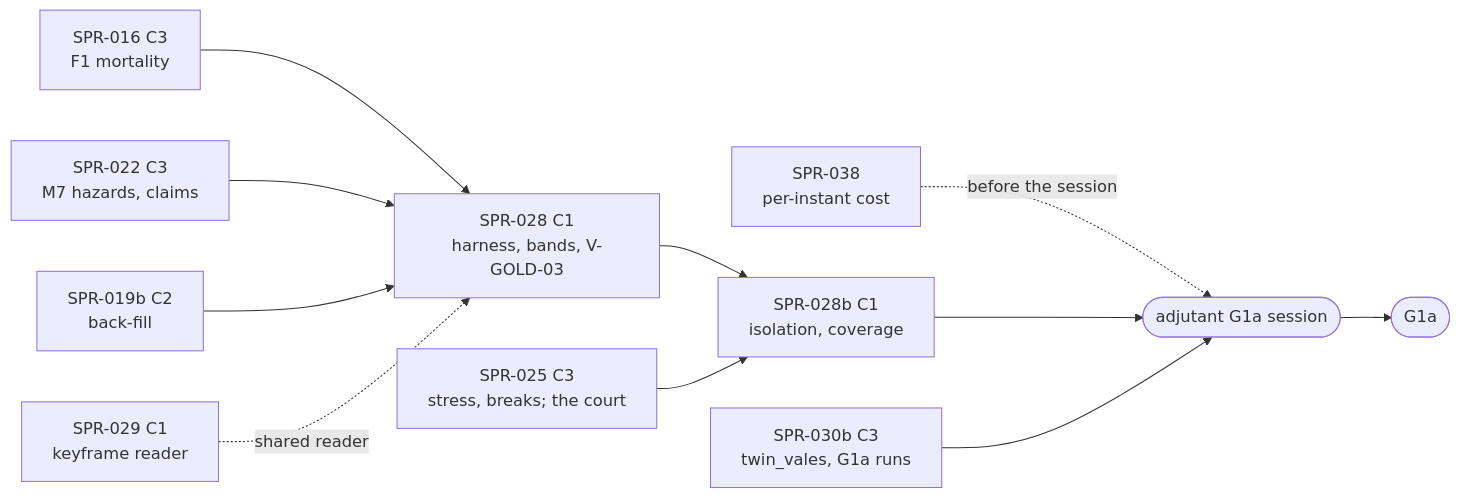
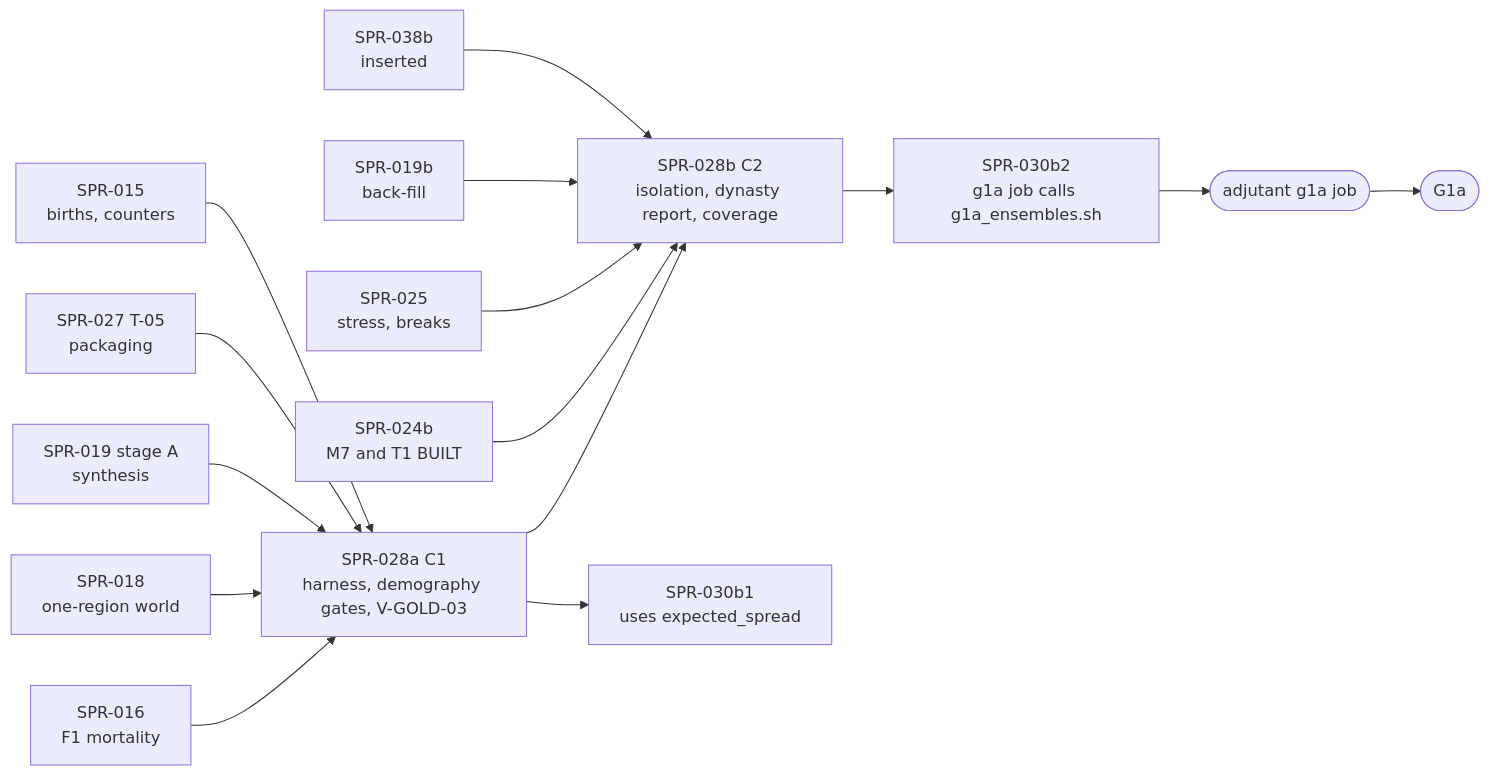
The diagram in CODEX/05_PROJECT/SPR-028_ValidationHarness.md (BigRigVibeCoder/Rehoboam), drawn with Mermaid before and after one commit. The commit also changed other lines of this file and 6 other files, not shown here.

````diff
--- a/CODEX/05_PROJECT/SPR-028_ValidationHarness.md
+++ b/CODEX/05_PROJECT/SPR-028_ValidationHarness.md
@@ -203,13 +236,17 @@
 ```mermaid
 flowchart LR
-  S016[SPR-016 C3<br/>F1 mortality] --> S028[SPR-028 C1<br/>harness, bands, V-GOLD-03]
-  S022[SPR-022 C3<br/>M7 hazards, claims] --> S028
-  S019b[SPR-019b C2<br/>back-fill] --> S028
-  S029[SPR-029 C1<br/>keyframe reader] -.shared reader.-> S028
-  S028 --> S028b[SPR-028b C1<br/>isolation, coverage]
-  S025[SPR-025 C3<br/>stress, breaks; the court] --> S028b
-  S038[SPR-038<br/>per-instant cost] -.before the session.-> ADJ([adjutant G1a session])
-  S028b --> ADJ
-  S030b[SPR-030b C3<br/>twin_vales, G1a runs] --> ADJ
+  S016[SPR-016<br/>F1 mortality] --> S028a[SPR-028a C1<br/>harness, demography gates, V-GOLD-03]
+  S018[SPR-018<br/>one-region world] --> S028a
+  S019[SPR-019 stage A<br/>synthesis] --> S028a
+  S027[SPR-027 T-05<br/>packaging] --> S028a
+  S015[SPR-015<br/>births, counters] --> S028a
+  S028a --> S028b[SPR-028b C2<br/>isolation, dynasty report, coverage]
+  S024b[SPR-024b<br/>M7 and T1 BUILT] --> S028b
+  S025[SPR-025<br/>stress, breaks] --> S028b
+  S019b[SPR-019b<br/>back-fill] --> S028b
+  S038b[SPR-038b<br/>inserted] --> S028b
+  S028a --> S030b1[SPR-030b1<br/>uses expected_spread]
+  S028b --> S030b2[SPR-030b2<br/>g1a job calls g1a_ensembles.sh]
+  S030b2 --> ADJ([adjutant g1a job])
   ADJ --> G1a([G1a])
 ```
````
